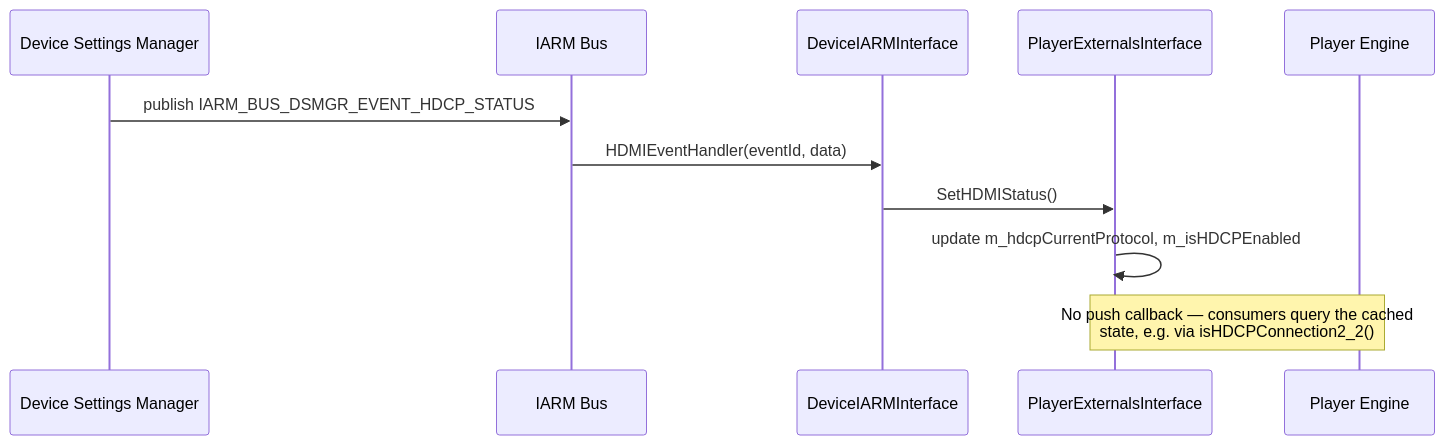
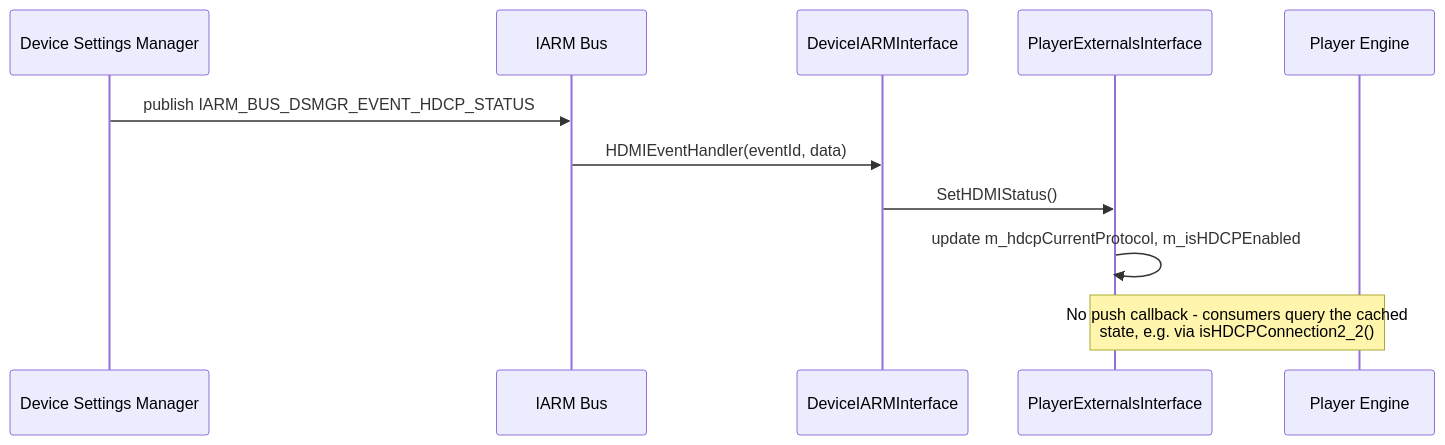
One commit to rdkcentral/middleware-player-interface changed the seventh of 7 diagrams in README.md. Above: the diagram before and after it, drawn with Mermaid. The commit also changed other lines of this file, not shown here.

First line of the commit message:
RDKDEV-1787: Replace non-ASCII chars in mermaid diagrams for GitHub rendering

````diff
--- a/README.md
+++ b/README.md
@@ -399,14 +399,14 @@
 ```mermaid
 sequenceDiagram
     participant DS as Device Settings Manager
     participant IARM as IARM Bus
     participant DevIARM as DeviceIARMInterface
     participant ExtIface as PlayerExternalsInterface
     participant Engine as Player Engine
 
     DS->>IARM: publish IARM_BUS_DSMGR_EVENT_HDCP_STATUS
     IARM->>DevIARM: HDMIEventHandler(eventId, data)
     DevIARM->>ExtIface: SetHDMIStatus()
     ExtIface->>ExtIface: update m_hdcpCurrentProtocol, m_isHDCPEnabled
-    Note over ExtIface,Engine: No push callback — consumers query the cached<br/>state, e.g. via isHDCPConnection2_2()
+    Note over ExtIface,Engine: No push callback - consumers query the cached<br/>state, e.g. via isHDCPConnection2_2()
 ```
````
